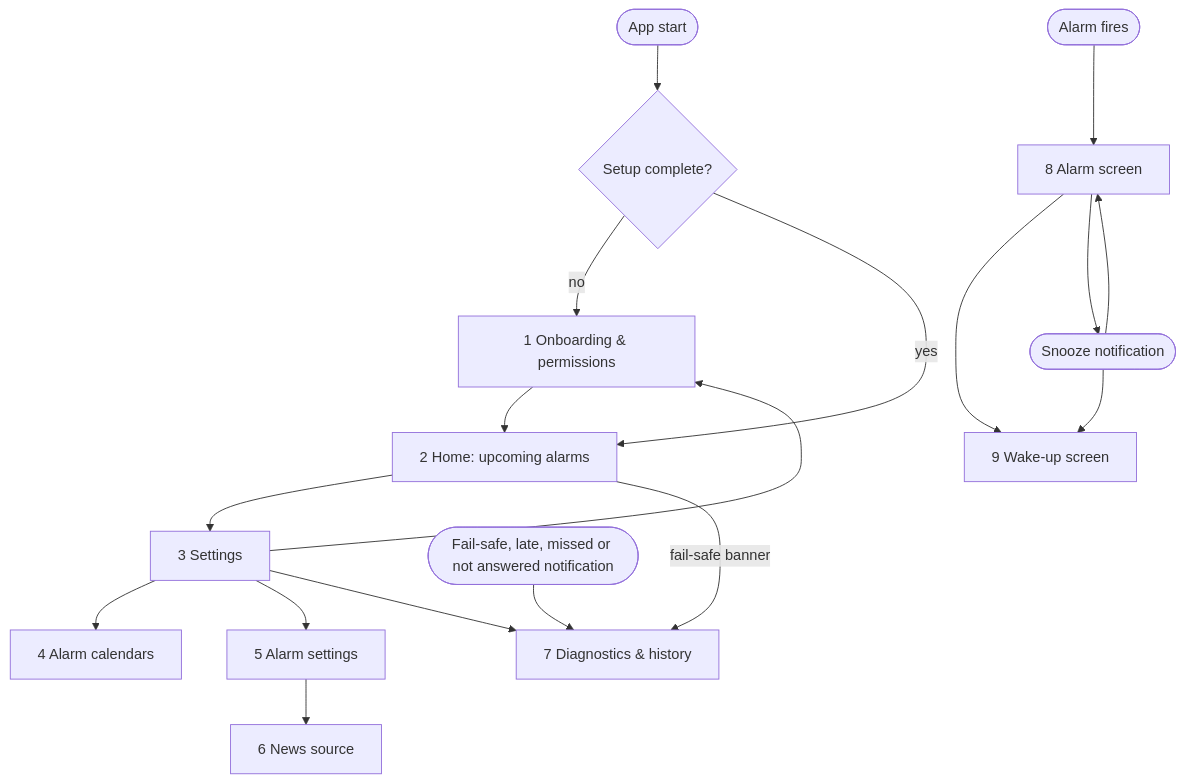
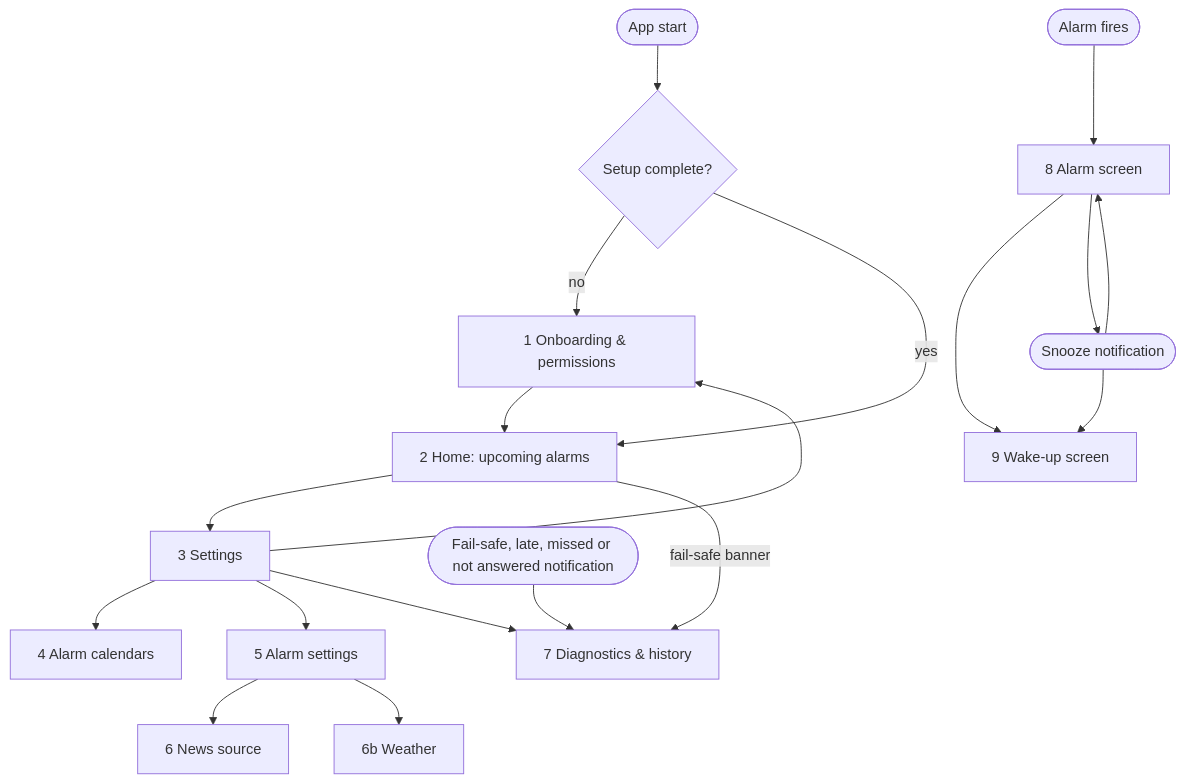
One commit to drehtuer/NextAlarmApp changed the diagram in docs/screens.md. Above: the diagram before and after it, drawn with Mermaid. The commit also changed other lines of this file and 78 other files, not shown here.

````diff
--- a/docs/screens.md
+++ b/docs/screens.md
@@ -8,21 +8,22 @@
 ```mermaid
 flowchart TD
     Start([App start]) --> Check{Setup complete?}
     Check -- no --> Onb[1 Onboarding & permissions]
     Check -- yes --> Home[2 Home: upcoming alarms]
     Onb --> Home
     Home --> Settings[3 Settings]
     Settings --> Cal[4 Alarm calendars]
     Settings --> AlarmSet[5 Alarm settings]
     AlarmSet --> News[6 News source]
+    AlarmSet --> Weather[6b Weather]
     Settings --> Diag[7 Diagnostics & history]
     Settings --> Onb
     Home -- fail-safe banner --> Diag
     Warn([Fail-safe, late, missed or not answered notification]) --> Diag
 
     Notif([Alarm fires]) --> Alarm[8 Alarm screen]
     Alarm --> Wake[9 Wake-up screen]
     Alarm --> SnoozeN([Snooze notification])
     SnoozeN --> Alarm
     SnoozeN --> Wake
 ```
````
